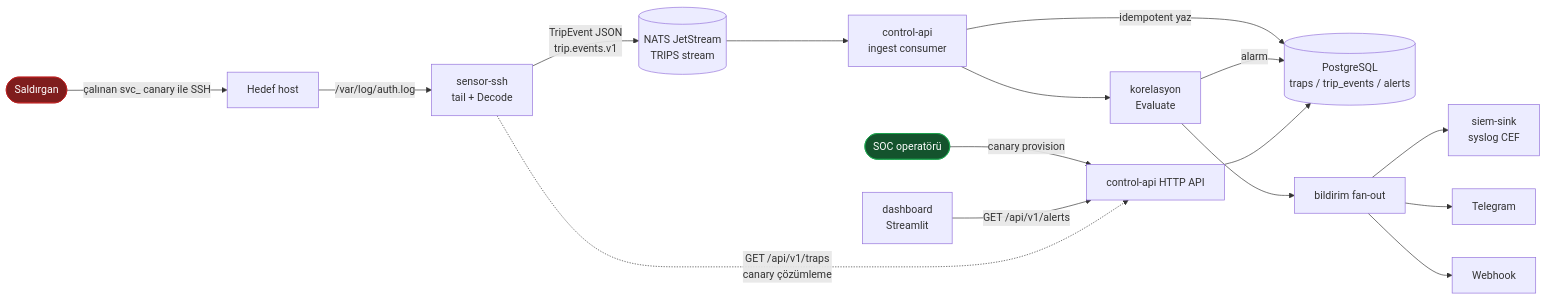
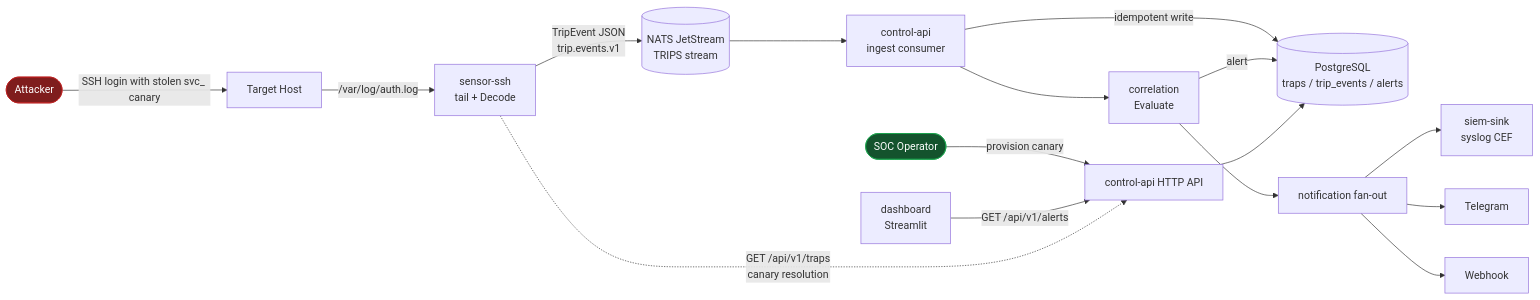
One commit to GokturkFK/gokturk-deception-mesh changed the diagram in README.md. Above: the diagram before and after it, drawn with Mermaid. The commit also changed other lines of this file, not shown here.

````diff
--- a/README.md
+++ b/README.md
@@ -28,20 +44,20 @@
 ```mermaid
 flowchart LR
-  attacker([Saldırgan]):::bad -->|çalınan svc_ canary ile SSH| target[Hedef host]
+  attacker([Attacker]):::bad -->|SSH login with stolen svc_ canary| target[Target Host]
   target -->|/var/log/auth.log| sensor[sensor-ssh<br/>tail + Decode]
   sensor -->|TripEvent JSON<br/>trip.events.v1| nats[(NATS JetStream<br/>TRIPS stream)]
   nats --> ingest[control-api<br/>ingest consumer]
-  ingest -->|idempotent yaz| pg[(PostgreSQL<br/>traps / trip_events / alerts)]
-  ingest --> corr[korelasyon<br/>Evaluate]
-  corr -->|alarm| pg
-  corr --> fanout[bildirim fan-out]
+  ingest -->|idempotent write| pg[(PostgreSQL<br/>traps / trip_events / alerts)]
+  ingest --> corr[correlation<br/>Evaluate]
+  corr -->|alert| pg
+  corr --> fanout[notification fan-out]
   fanout --> siem[siem-sink<br/>syslog CEF]
   fanout --> tg[Telegram]
   fanout --> wh[Webhook]
-  operator([SOC operatörü]):::ok -->|canary provision| api[control-api HTTP API]
+  operator([SOC Operator]):::ok -->|provision canary| api[control-api HTTP API]
   api --> pg
   dash[dashboard<br/>Streamlit] -->|GET /api/v1/alerts| api
-  sensor -.->|GET /api/v1/traps<br/>canary çözümleme| api
+  sensor -.->|GET /api/v1/traps<br/>canary resolution| api
   classDef bad fill:#7f1d1d,color:#fff,stroke:#b91c1c;
   classDef ok fill:#14532d,color:#fff,stroke:#16a34a;
 ```
````
